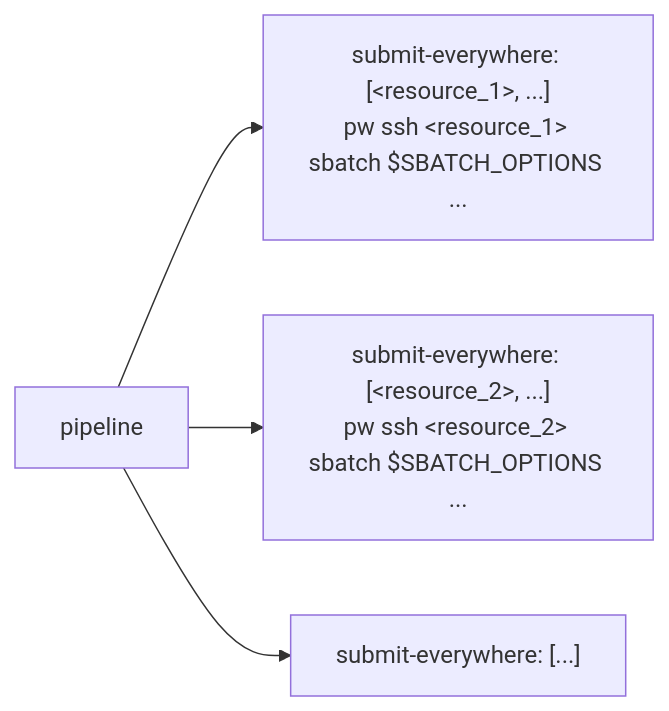
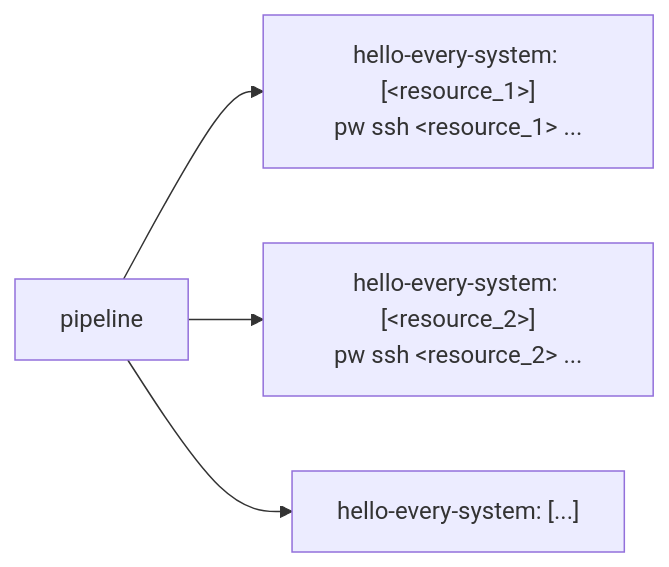
The second of 3 diagrams in workflows/gitlab/tutorial/README.md (parallelworks/workflows), drawn with Mermaid before and after one commit. The commit also changed other lines of this file and 4 other files, not shown here.

Commit message:
gitlab: pipelines run as the workflow's launcher, said in the README and the tutorial; tutorial step 3 greets each resource over pw ssh instead of submitting jobs; examples print host and user; sign-in with ACTIVATE first; git section covers both runtimes

````diff
--- a/workflows/gitlab/tutorial/README.md
+++ b/workflows/gitlab/tutorial/README.md
@@ -128,6 +129,6 @@
 ```mermaid
 flowchart LR
-    p["pipeline"] --> a["submit-everywhere: [&lt;resource_1&gt;, ...]<br/>pw ssh &lt;resource_1&gt; sbatch $SBATCH_OPTIONS ..."]
-    p --> b["submit-everywhere: [&lt;resource_2&gt;, ...]<br/>pw ssh &lt;resource_2&gt; sbatch $SBATCH_OPTIONS ..."]
-    p --> c["submit-everywhere: [...]"]
+    p["pipeline"] --> a["hello-every-system: [&lt;resource_1&gt;]<br/>pw ssh &lt;resource_1&gt; ..."]
+    p --> b["hello-every-system: [&lt;resource_2&gt;]<br/>pw ssh &lt;resource_2&gt; ..."]
+    p --> c["hello-every-system: [...]"]
 ```
````
